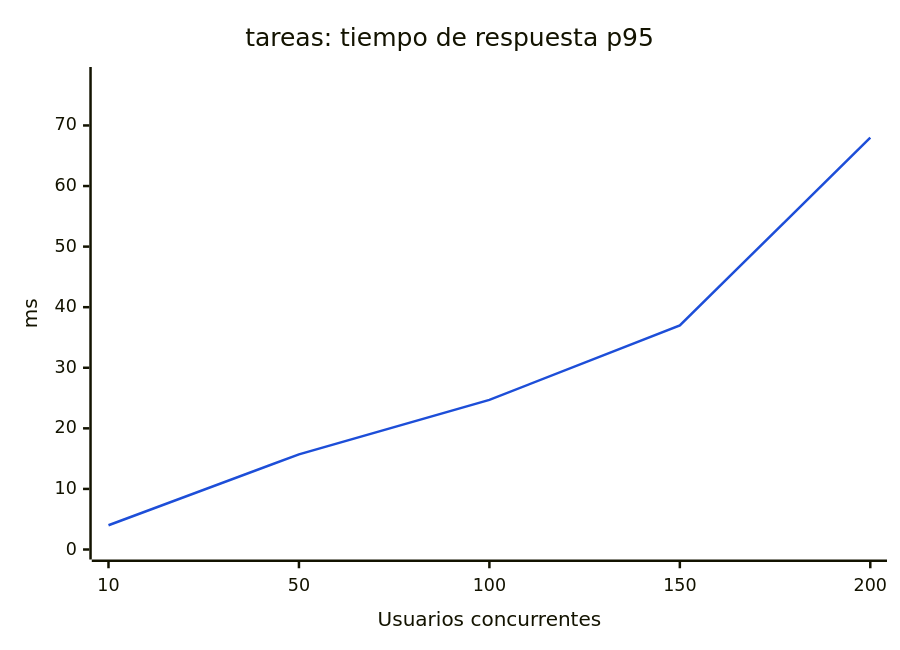
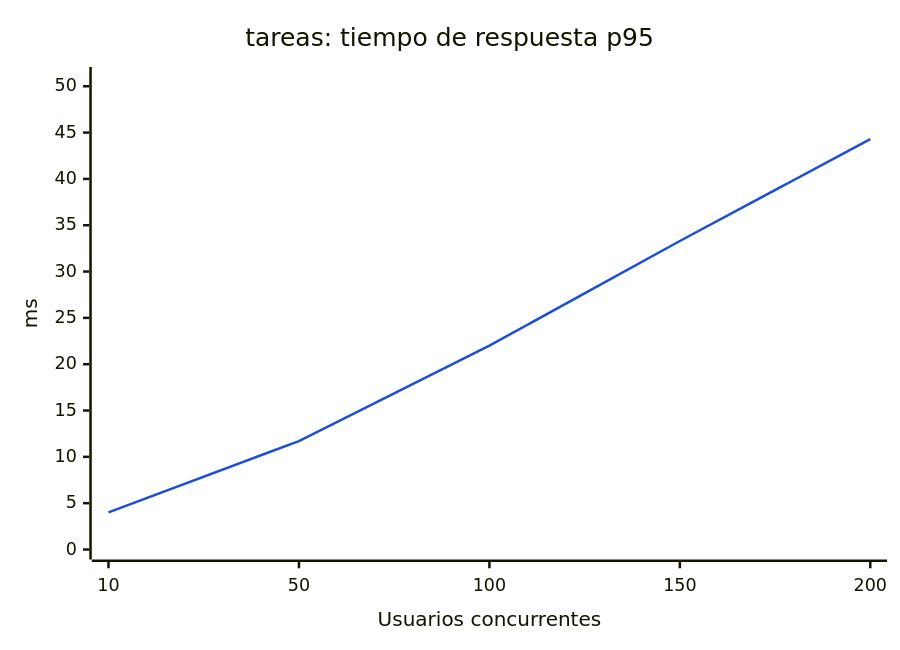
One commit to JuanVargas0325/Prueba changed the sixth of 6 diagrams in pruebas-carga/resultados/resumen.md. Above: the diagram before and after it, drawn with Mermaid. The commit also changed other lines of this file and 110 other files, not shown here.

````diff
--- a/pruebas-carga/resultados/resumen.md
+++ b/pruebas-carga/resultados/resumen.md
@@ -82,8 +82,8 @@
 ```mermaid
 %%{init: {"themeVariables": {"xyChart": {"plotColorPalette": "#1d4ed8"}}}}%%
 xychart-beta
     title "tareas: tiempo de respuesta p95"
     x-axis "Usuarios concurrentes" [10, 50, 100, 150, 200]
-    y-axis "ms" 0 --> 78
-    line [4.0, 15.7, 24.7, 37.0, 68.0]
+    y-axis "ms" 0 --> 51
+    line [4.0, 11.7, 22.0, 33.3, 44.3]
 ```
````
